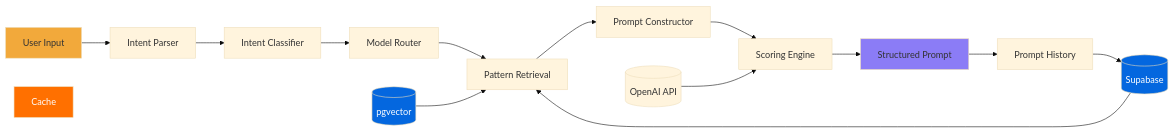
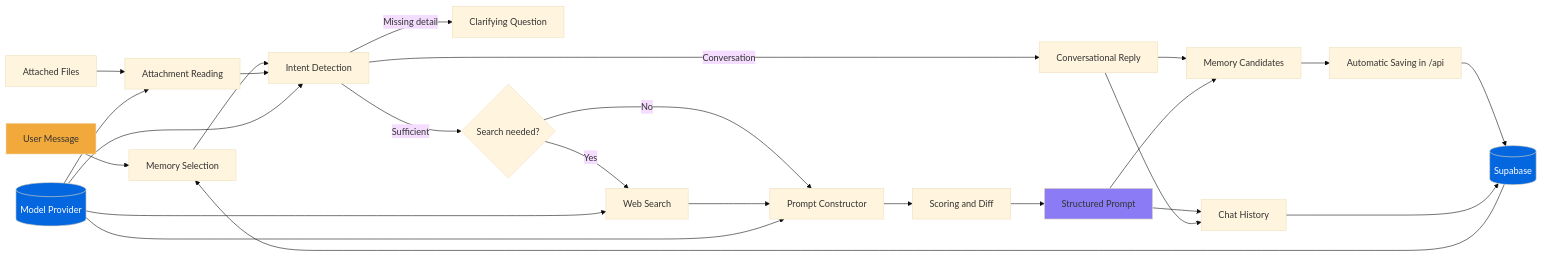
The third of 5 diagrams in README.md (oyedokunken/Prompt-AI), drawn with Mermaid (base theme) before and after one commit. The commit also changed other lines of this file and 39 other files, not shown here.

First line of the commit message:
feat: memory that saves itself, natural conversation, sharper prompts, accurate docs

````diff
--- a/README.md
+++ b/README.md
@@ -149,23 +163,34 @@
 ```mermaid
 graph LR
-    Input[User Input] --> Parse[Intent Parser]
-    Parse --> Classify[Intent Classifier]
-    Classify --> Router[Model Router]
-    Router --> Pattern[Pattern Retrieval]
-    Pattern --> Construct[Prompt Constructor]
-    Construct --> Score[Scoring Engine]
+    Input[User Message] --> Memory[Memory Selection]
+    Files[Attached Files] --> Ingest[Attachment Reading]
+    Memory --> Intent[Intent Detection]
+    Ingest --> Intent
+    Intent -->|Conversation| Reply[Conversational Reply]
+    Intent -->|Missing detail| Clarify[Clarifying Question]
+    Intent -->|Sufficient| Research{Search needed?}
+    Research -->|Yes| Search[Web Search]
+    Research -->|No| Construct[Prompt Constructor]
+    Search --> Construct
+    Construct --> Score[Scoring and Diff]
     Score --> Output[Structured Prompt]
 
-    DB[(Supabase)] --> Pattern
-    Vector[(pgvector)] --> Pattern
-    OpenAI[(OpenAI API)] --> Score
+    DB[(Supabase)] --> Memory
+    LLM[(Model Provider)] --> Intent
+    LLM --> Construct
+    LLM --> Search
+    LLM --> Ingest
 
-    Output --> History[Prompt History]
+    Output --> History[Chat History]
+    Reply --> History
+    Reply --> NewMem[Memory Candidates]
+    Output --> NewMem
+    NewMem --> Saver[Automatic Saving in /api]
+    Saver --> DB
     History --> DB
 
     style Input fill:#F2A93B
     style Output fill:#8B7CF6
     style DB fill:#0467DF,color:#fff
-    style Vector fill:#0467DF,color:#fff
-    style Cache fill:#FF7000,color:#fff
+    style LLM fill:#0467DF,color:#fff
 ```
````
